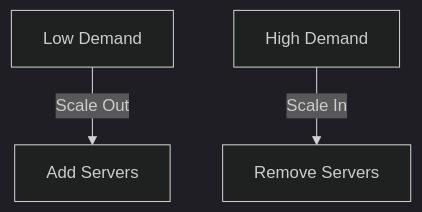
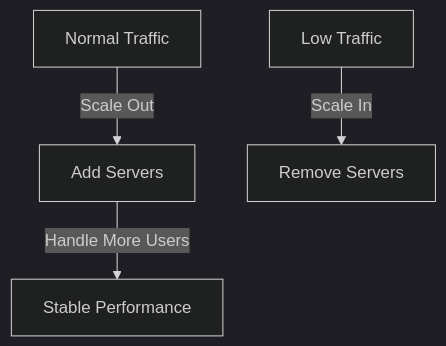
One commit to kmathanprasath/system-design changed diagram 17 of 28 in Day-1-README.md. Above: the diagram before and after it, drawn with Mermaid (dark theme). The commit also changed other lines of this file, not shown here.

````diff
--- a/Day-1-README.md
+++ b/Day-1-README.md
@@ -190,5 +224,6 @@
 ```mermaid
 graph TD;
-    A[Low Demand] -->|Scale Out| B[Add Servers];
-    C[High Demand] -->|Scale In| D[Remove Servers];
+    A[Normal Traffic] -->|Scale Out| B[Add Servers];
+    B -->|Handle More Users| C[Stable Performance];
+    D[Low Traffic] -->|Scale In| E[Remove Servers];
 ```
````
